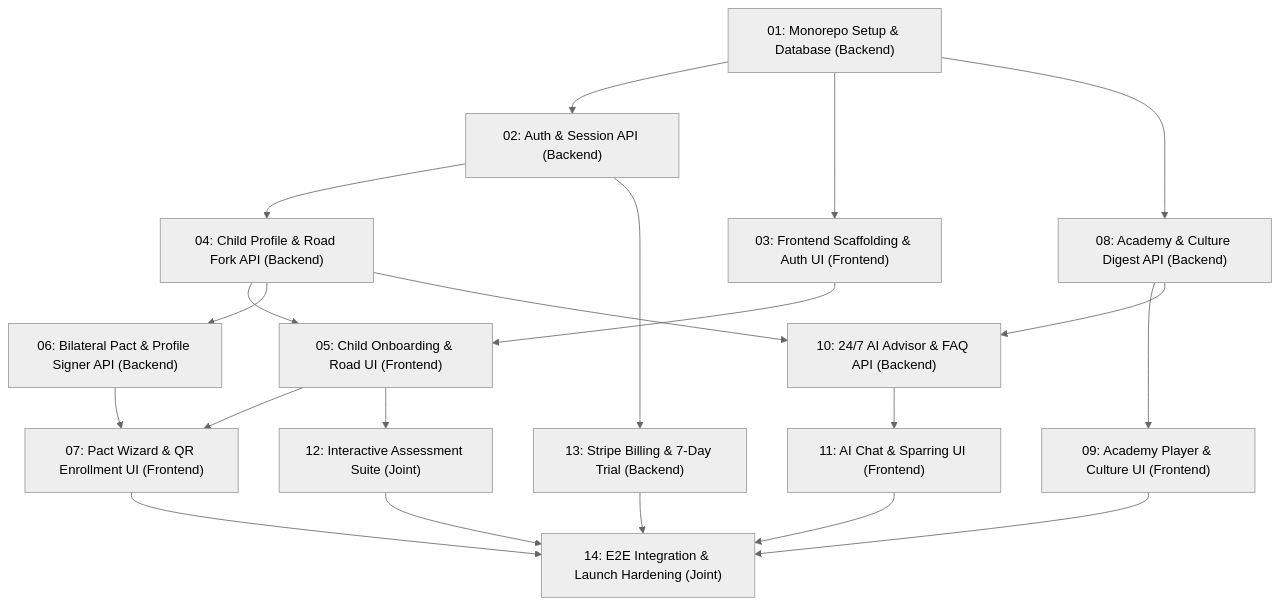
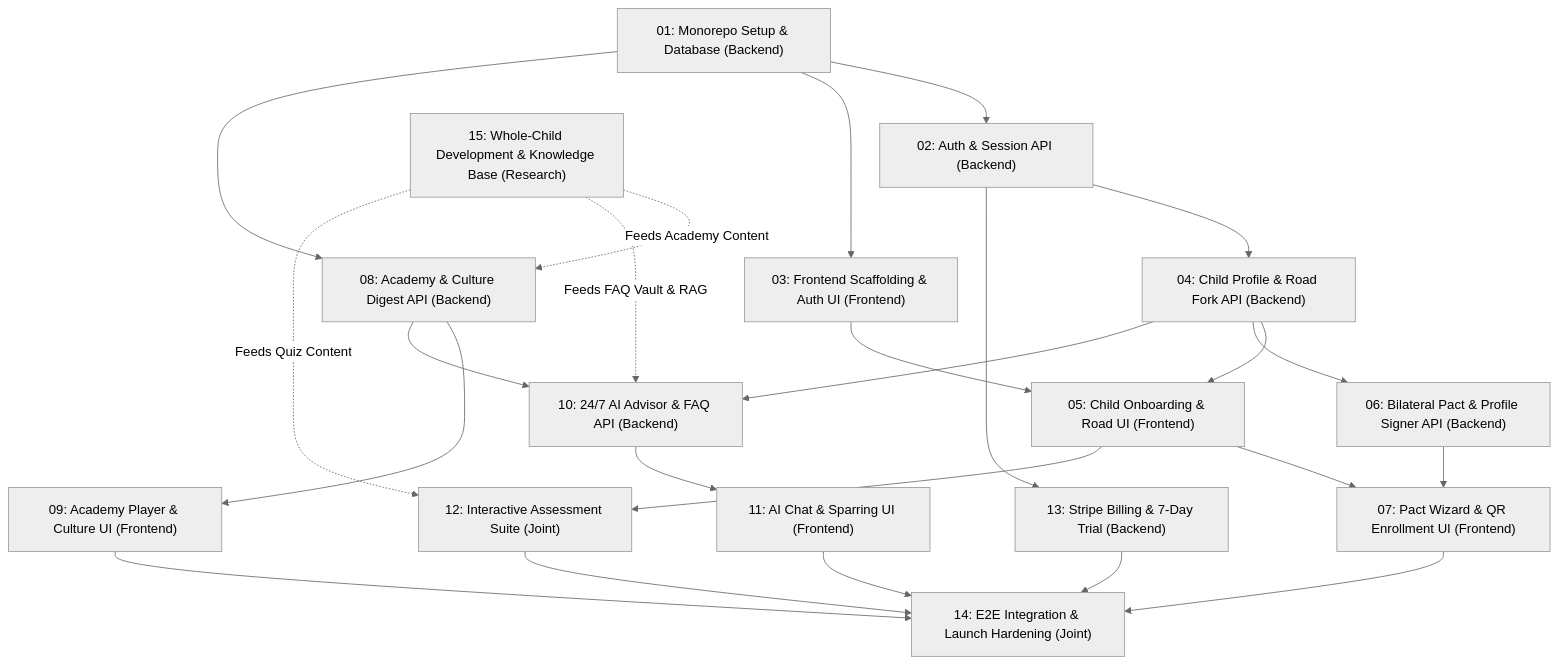
One commit to Souheil007/AlongSide changed the diagram in plans/README.md. Above: the diagram before and after it, drawn with Mermaid (neutral theme). The commit also changed other lines of this file and 13 other files, not shown here.

````diff
--- a/plans/README.md
+++ b/plans/README.md
@@ -12,38 +12,43 @@
 ```mermaid
 graph TD
     P01["01: Monorepo Setup & Database (Backend)"]
     P02["02: Auth & Session API (Backend)"]
     P03["03: Frontend Scaffolding & Auth UI (Frontend)"]
     P04["04: Child Profile & Road Fork API (Backend)"]
     P05["05: Child Onboarding & Road UI (Frontend)"]
     P06["06: Bilateral Pact & Profile Signer API (Backend)"]
     P07["07: Pact Wizard & QR Enrollment UI (Frontend)"]
     P08["08: Academy & Culture Digest API (Backend)"]
     P09["09: Academy Player & Culture UI (Frontend)"]
     P10["10: 24/7 AI Advisor & FAQ API (Backend)"]
     P11["11: AI Chat & Sparring UI (Frontend)"]
     P12["12: Interactive Assessment Suite (Joint)"]
     P13["13: Stripe Billing & 7-Day Trial (Backend)"]
     P14["14: E2E Integration & Launch Hardening (Joint)"]
+    P15["15: Whole-Child Development & Knowledge Base (Research)"]
+
+    P15 -. "Feeds Academy Content" .-> P08
+    P15 -. "Feeds FAQ Vault & RAG" .-> P10
+    P15 -. "Feeds Quiz Content" .-> P12
 
     P01 --> P02
     P01 --> P03
     P01 --> P08
     P02 --> P04
     P02 --> P13
     P03 --> P05
     P04 --> P05
     P04 --> P06
     P04 --> P10
     P05 --> P07
     P05 --> P12
     P06 --> P07
     P08 --> P09
     P08 --> P10
     P10 --> P11
     P07 --> P14
     P09 --> P14
     P11 --> P14
     P12 --> P14
     P13 --> P14
 ```
````
